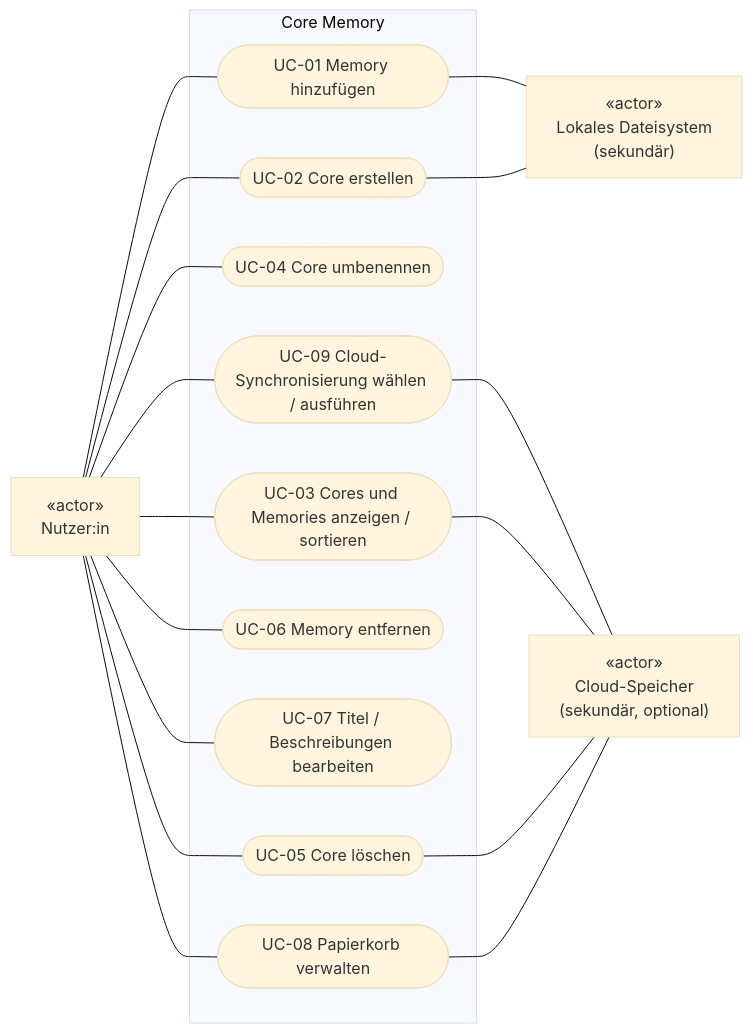
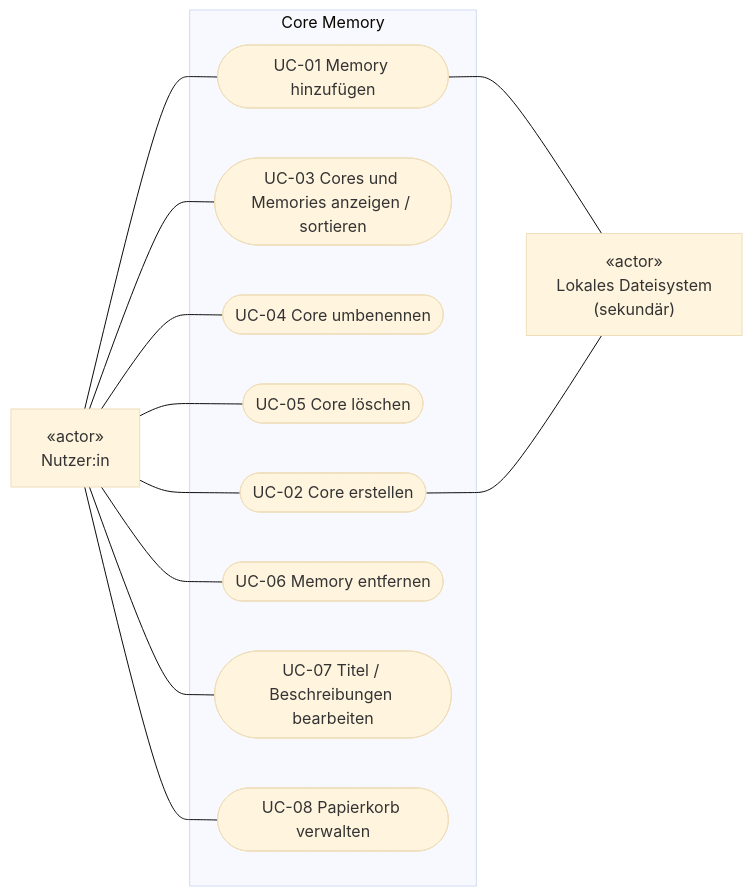
The second of 2 diagrams in REQUIREMENTS.md (ichessebaeume1/PhotoApp), drawn with Mermaid (base theme) before and after one commit. The commit also changed other lines of this file and 7 other files, not shown here.

````diff
--- a/REQUIREMENTS.md
+++ b/REQUIREMENTS.md
@@ -78,32 +110,25 @@
 ```mermaid
 flowchart LR
     U["«actor»<br/>Nutzer:in"]
     subgraph APP["Core Memory"]
         C1([UC-02 Core erstellen])
         C2([UC-03 Cores und Memories anzeigen / sortieren])
         C3([UC-04 Core umbenennen])
         C4([UC-05 Core löschen])
         M1([UC-01 Memory hinzufügen])
         M3([UC-06 Memory entfernen])
         M4([UC-07 Titel / Beschreibungen bearbeiten])
         T1([UC-08 Papierkorb verwalten])
-        S1([UC-09 Cloud-Synchronisierung wählen / ausführen])
     end
     U --- C1
     U --- C2
     U --- C3
     U --- C4
     U --- M1
     U --- M3
     U --- M4
     U --- T1
-    U --- S1
     FS["«actor»<br/>Lokales Dateisystem<br/>(sekundär)"]
-    CLOUD["«actor»<br/>Cloud-Speicher<br/>(sekundär, optional)"]
     M1 --- FS
     C1 --- FS
-    S1 --- CLOUD
-    C2 --- CLOUD
-    C4 --- CLOUD
-    T1 --- CLOUD
 ```
````
